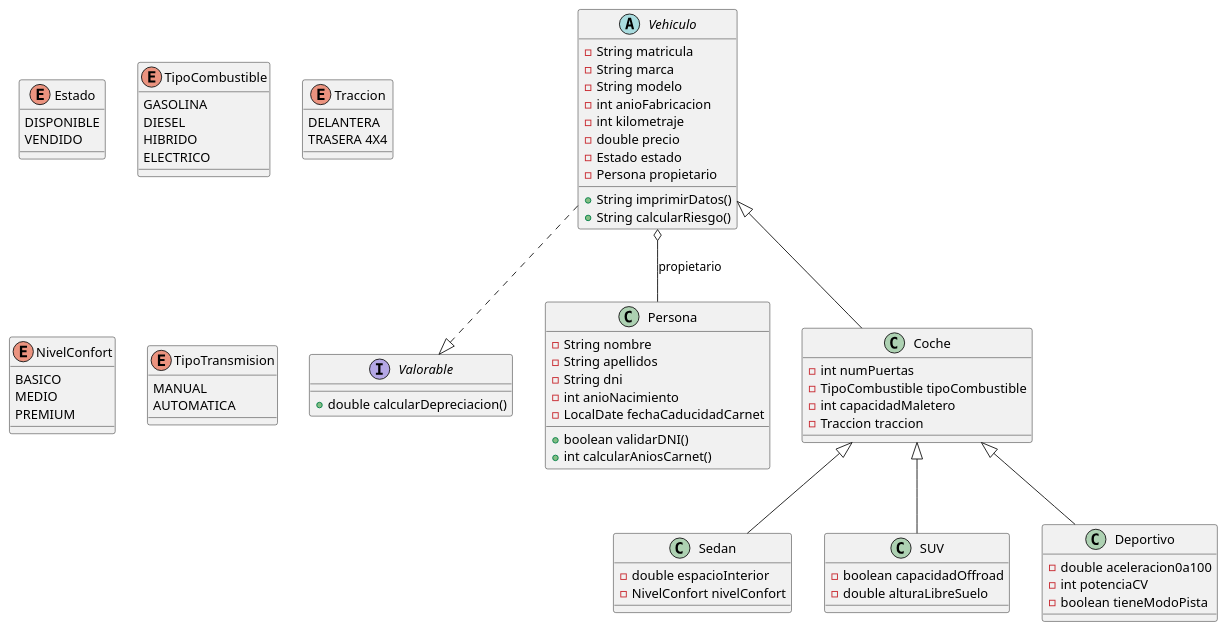
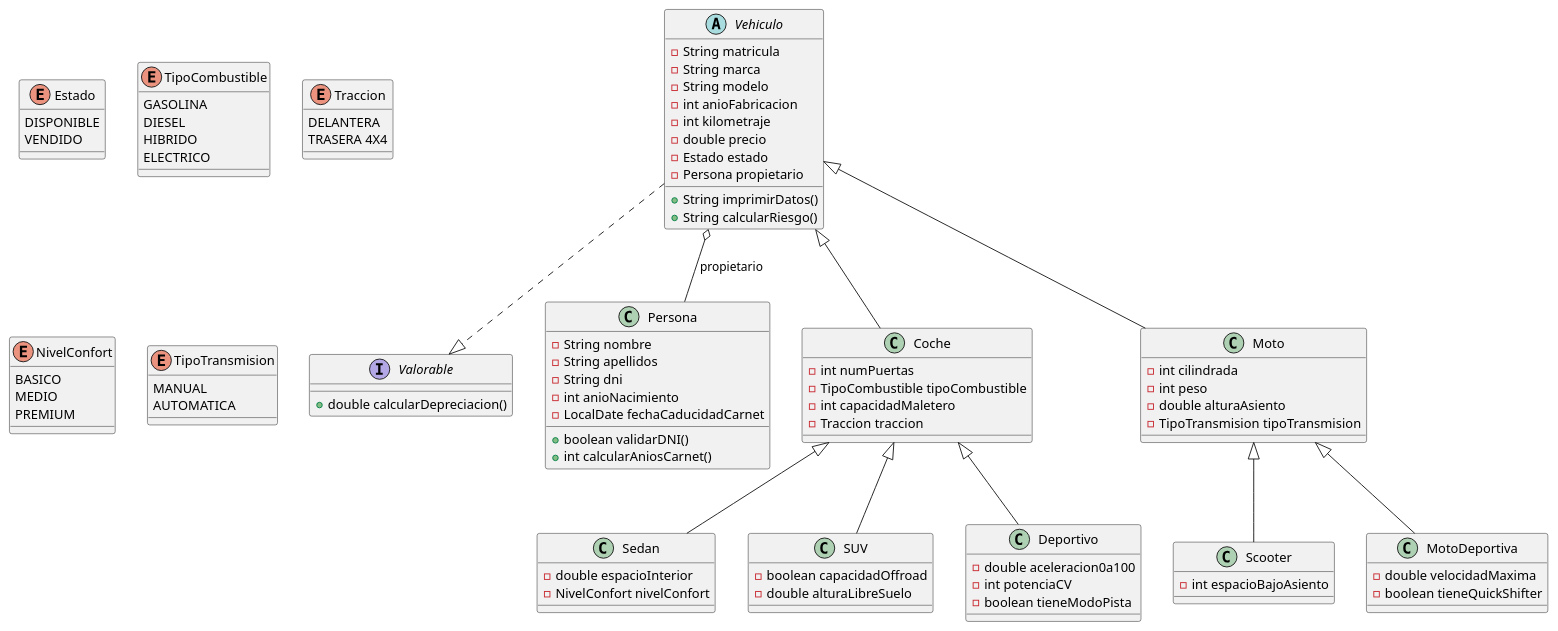
The diagram in uml/diagrama_clases.puml (R-MEduca/UT5_ED_Prog), drawn with PlantUML before and after one commit. The commit also changed 1 other file, not shown here.

Commit message:
Añado moto y subtipos

```diff
--- a/uml/diagrama_clases.puml
+++ b/uml/diagrama_clases.puml
@@ -1,101 +1,122 @@
 @startuml
 
 ' === Enumeraciones ===
 enum Estado {
 DISPONIBLE
 VENDIDO
 }
 
 enum TipoCombustible {
 GASOLINA
 DIESEL
 HIBRIDO
 ELECTRICO
 }
 
 enum Traccion {
 DELANTERA
 TRASERA 4X4
 }
 
 enum NivelConfort{
 BASICO
 MEDIO
 PREMIUM
 }
 
 enum TipoTransmision{
 MANUAL
 AUTOMATICA
 }
 
 ' ===Interfaz===
 interface Valorable {
 +double calcularDepreciacion()
 }
 
 ' === Clase Persona ===
 class Persona {
   -String nombre
   -String apellidos
   -String dni
   -int anioNacimiento
   -LocalDate fechaCaducidadCarnet
 
   +boolean validarDNI()
   +int calcularAniosCarnet()
 }
 
 ' === Clase abstracta Vehiculo ===
 abstract class Vehiculo {
   -String matricula
   -String marca
   -String modelo
   -int anioFabricacion
   -int kilometraje
   -double precio
   -Estado estado
   -Persona propietario
 
   +String imprimirDatos()
   +String calcularRiesgo()
 }
 
 ' === Clase Coche ===
 class Coche {
   -int numPuertas
   -TipoCombustible tipoCombustible
   -int capacidadMaletero
   -Traccion traccion
 }
 
 ' === Subtipos de Coche ===
 class Sedan {
   -double espacioInterior
   -NivelConfort nivelConfort
 }
 
 class SUV {
   -boolean capacidadOffroad
   -double alturaLibreSuelo
 }
 
 class Deportivo {
   -double aceleracion0a100
   -int potenciaCV
   -boolean tieneModoPista
 }
 
+' === Clase Moto y subtipos ===
+class Moto {
+  -int cilindrada
+  -int peso
+  -double alturaAsiento
+  -TipoTransmision tipoTransmision
+}
+
+class Scooter {
+  -int espacioBajoAsiento
+}
+
+class MotoDeportiva {
+  -double velocidadMaxima
+  -boolean tieneQuickShifter
+}
+
+Vehiculo <|-- Moto
+Moto <|-- Scooter
+Moto <|-- MotoDeportiva
+
 Coche <|-- Sedan
 Coche <|-- SUV
 Coche <|-- Deportivo
 
 Vehiculo <|-- Coche
 
 Vehiculo ..|> Valorable
 
 Vehiculo o-- Persona : propietario
 
 
 
 @enduml
```
